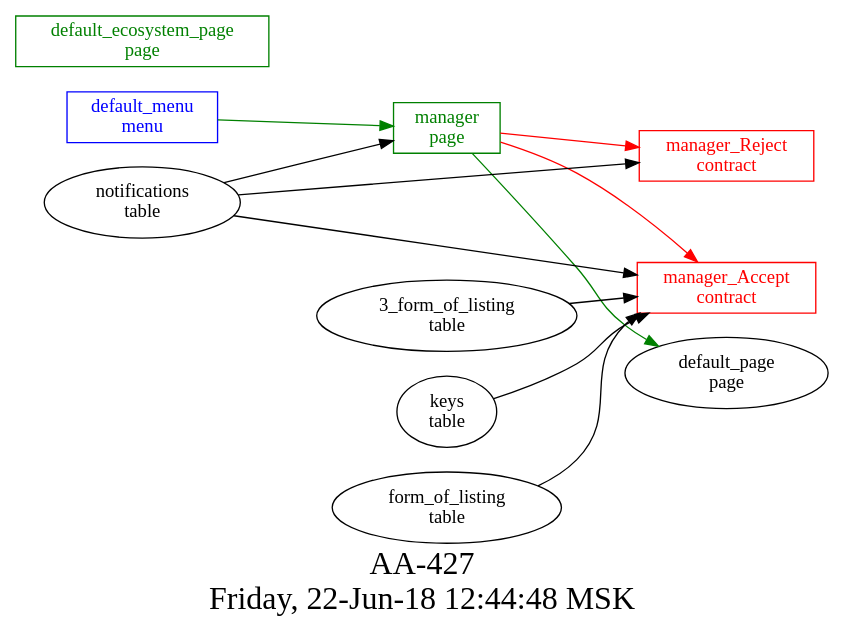
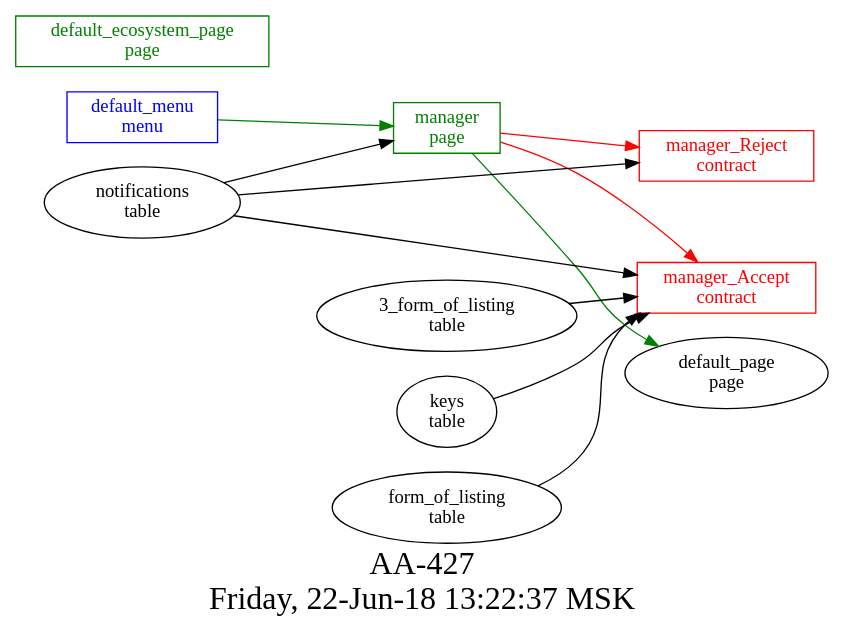
The diagram in src/AA-427/struct.dot (AplaProject/apps), drawn with Graphviz before and after one commit. The commit also changed 2 other files, not shown here.

```diff
--- a/src/AA-427/struct.dot
+++ b/src/AA-427/struct.dot
@@ -1,25 +1,25 @@
 digraph G {
 graph [
   fontsize="24";
-  label="AA-427\nFriday, 22-Jun-18 12:44:48 MSK";
+  label="AA-427\nFriday, 22-Jun-18 13:22:37 MSK";
   nojustify=true;
   ordering=out;
   rankdir=LR;
   size="30";
 ];
 "default_menu\nmenu" -> "manager\npage"  [ color=green ]
 "default_menu\nmenu" [color=blue, fontcolor=blue, group=menus, shape=record];
 "default_ecosystem_page\npage" [color=green, fontcolor=green, group=pages, shape=record];
 "manager\npage" -> "manager_Reject\ncontract"  [ color=red ]
 "manager\npage" -> "manager_Accept\ncontract"  [ color=red ]
 "notifications\ntable" -> "manager\npage"
 "manager\npage" -> "default_page\npage"  [ color=green ]
 "manager\npage" [color=green, fontcolor=green, group=pages, shape=record];
 "3_form_of_listing\ntable" -> "manager_Accept\ncontract"
 "notifications\ntable" -> "manager_Accept\ncontract"
 "keys\ntable" -> "manager_Accept\ncontract"
 "form_of_listing\ntable" -> "manager_Accept\ncontract"
 "manager_Accept\ncontract" [color=red, fontcolor=red, group=contracts, shape=record];
 "notifications\ntable" -> "manager_Reject\ncontract"
 "manager_Reject\ncontract" [color=red, fontcolor=red, group=contracts, shape=record];
 }
```
